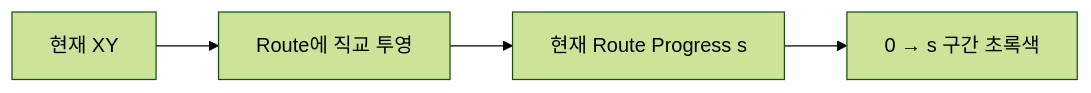
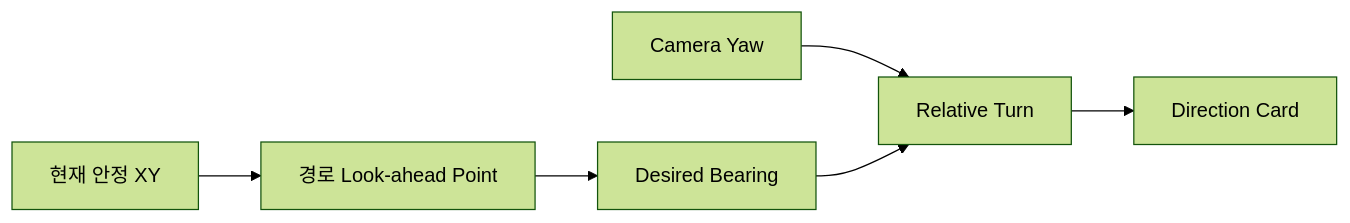
One commit to JIWOO1127/machine-vision1 changed the seventh of 20 diagrams in ArUco/README.md. Above: the diagram before and after it, drawn with Mermaid (forest theme). The commit also changed other lines of this file, not shown here.

````diff
--- a/ArUco/README.md
+++ b/ArUco/README.md
@@ -410,6 +415,8 @@
 ```mermaid
 flowchart LR
-    POS["현재 XY"] --> PROJ["Route에 직교 투영"]
-    PROJ --> S["현재 Route Progress s"]
-    S --> PAINT["0 → s 구간 초록색"]
+    POS["현재 안정 XY"] --> LOOK["경로 Look-ahead Point"]
+    LOOK --> BEAR["Desired Bearing"]
+    YAW["Camera Yaw"] --> REL["Relative Turn"]
+    BEAR --> REL
+    REL --> CARD["Direction Card"]
 ```
````
